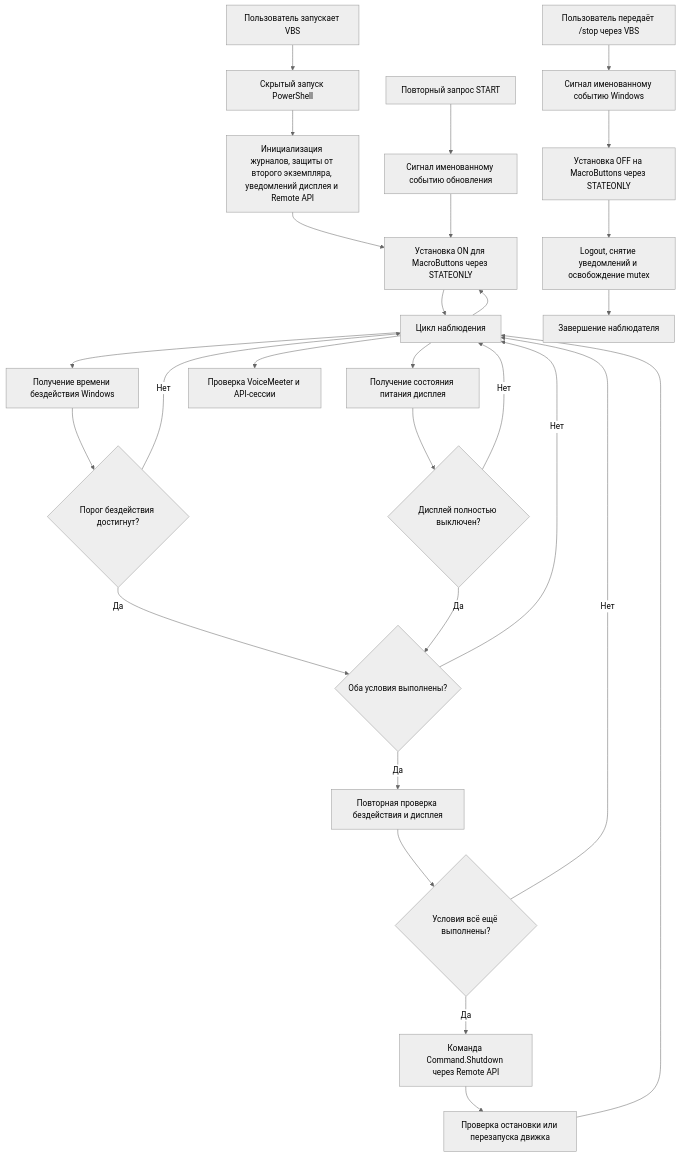
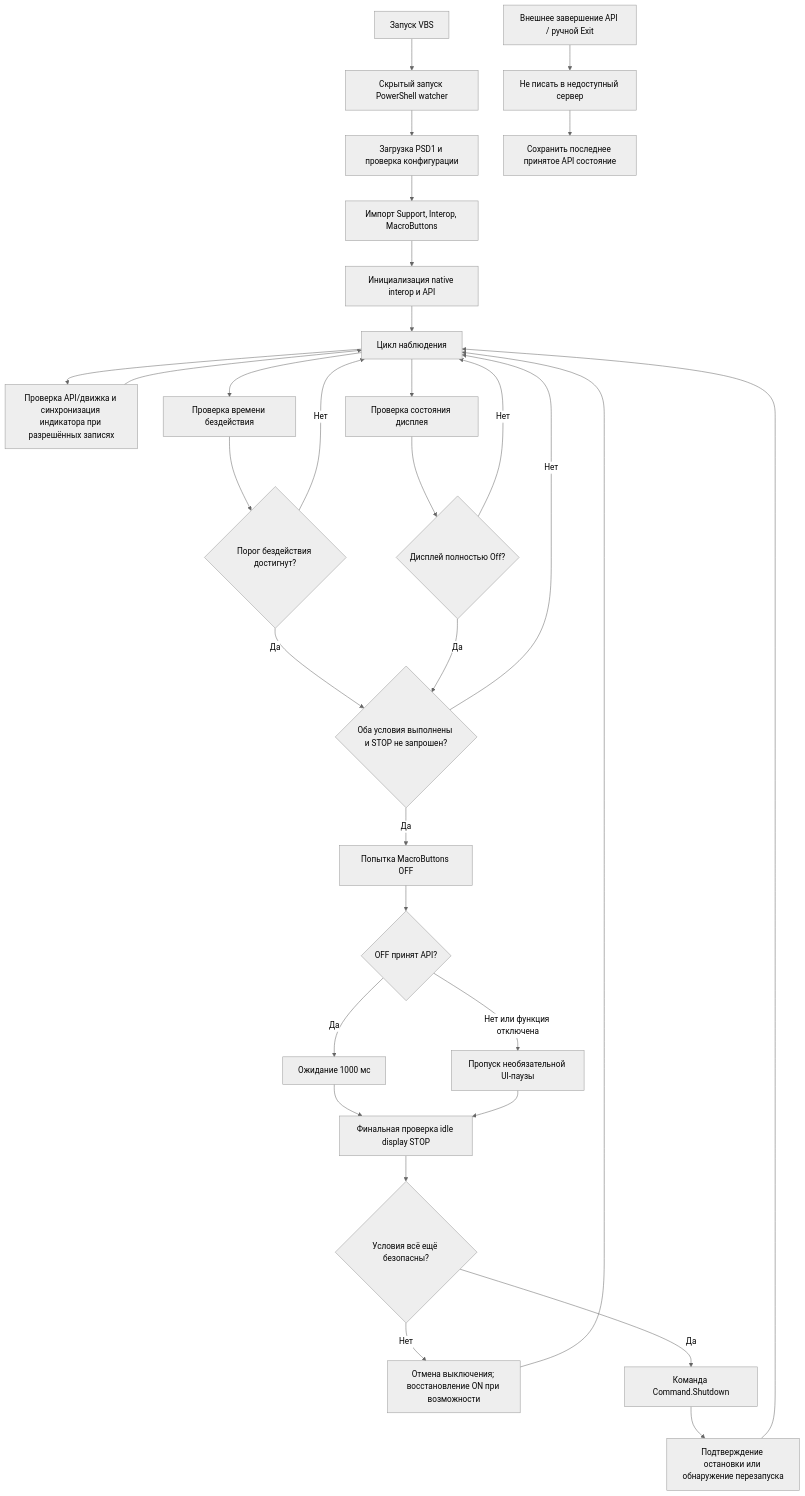
Before and after one commit to AnAllegory/VoiceMeeter-IdleWatcher: the second of 2 diagrams in ARCHITECTURE.md, drawn with Mermaid (neutral theme). The commit also changed other lines of this file and 17 other files, not shown here.

Commit message:
Integrate modular VoiceMeeter IdleWatcher v1.0.5 source

````diff
--- a/ARCHITECTURE.md
+++ b/ARCHITECTURE.md
@@ -80,34 +158,33 @@
 ```mermaid
 flowchart TD
-    A[Пользователь запускает VBS] --> B[Скрытый запуск PowerShell]
-    B --> C[Инициализация журналов, защиты от второго экземпляра, уведомлений дисплея и Remote API]
-    C --> MB[Установка ON для MacroButtons через STATEONLY]
-    MB --> D[Цикл наблюдения]
-    D --> MB
-
-    D --> E[Получение времени бездействия Windows]
-    D --> F[Получение состояния питания дисплея]
-    D --> G[Проверка VoiceMeeter и API-сессии]
-
-    E --> H{Порог бездействия достигнут?}
-    F --> I{Дисплей полностью выключен?}
-    H -->|Нет| D
-    I -->|Нет| D
-    H -->|Да| J{Оба условия выполнены?}
-    I -->|Да| J
-
-    J -->|Нет| D
-    J -->|Да| K[Повторная проверка бездействия и дисплея]
-    K --> L{Условия всё ещё выполнены?}
-    L -->|Нет| D
-    L -->|Да| M[Команда Command.Shutdown через Remote API]
-    M --> N[Проверка остановки или перезапуска движка]
-    N --> D
-
-    P[Пользователь передаёт /stop через VBS] --> Q[Сигнал именованному событию Windows]
-    Q --> O[Установка OFF на MacroButtons через STATEONLY]
-    T[Повторный запрос START] --> U[Сигнал именованному событию обновления]
-    U --> MB
-    O --> R[Logout, снятие уведомлений и освобождение mutex]
-    R --> S[Завершение наблюдателя]
+    A[Запуск VBS] --> B[Скрытый запуск PowerShell watcher]
+    B --> C[Загрузка PSD1 и проверка конфигурации]
+    C --> D[Импорт Support, Interop, MacroButtons]
+    D --> E[Инициализация native interop и API]
+    E --> F[Цикл наблюдения]
+    F --> G[Проверка API/движка и синхронизация индикатора при разрешённых записях]
+    F --> H[Проверка времени бездействия]
+    F --> I[Проверка состояния дисплея]
+    G --> F
+    H --> J{Порог бездействия достигнут?}
+    I --> K{Дисплей полностью Off?}
+    J -->|Нет| F
+    K -->|Нет| F
+    J -->|Да| L{Оба условия выполнены и STOP не запрошен?}
+    K -->|Да| L
+    L -->|Нет| F
+    L -->|Да| M[Попытка MacroButtons OFF]
+    M --> N{OFF принят API?}
+    N -->|Да| O[Ожидание 1000 мс]
+    N -->|Нет или функция отключена| P[Пропуск необязательной UI-паузы]
+    O --> Q[Финальная проверка idle display STOP]
+    P --> Q
+    Q --> R{Условия всё ещё безопасны?}
+    R -->|Нет| S[Отмена выключения; восстановление ON при возможности]
+    R -->|Да| T[Команда Command.Shutdown]
+    S --> F
+    T --> U[Подтверждение остановки или обнаружение перезапуска]
+    U --> F
+    V[Внешнее завершение API / ручной Exit] --> W[Не писать в недоступный сервер]
+    W --> X[Сохранить последнее принятое API состояние]
 ```
````
